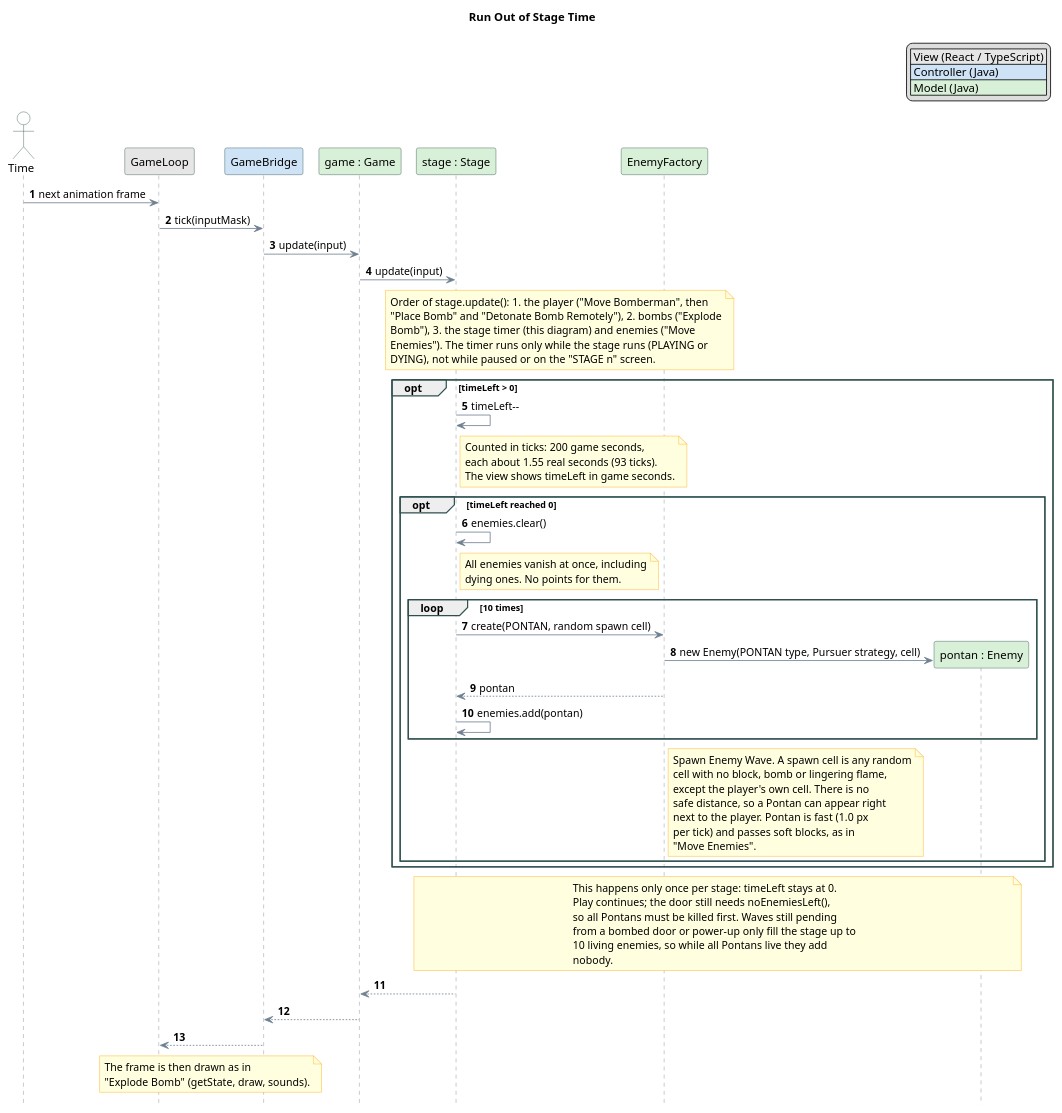
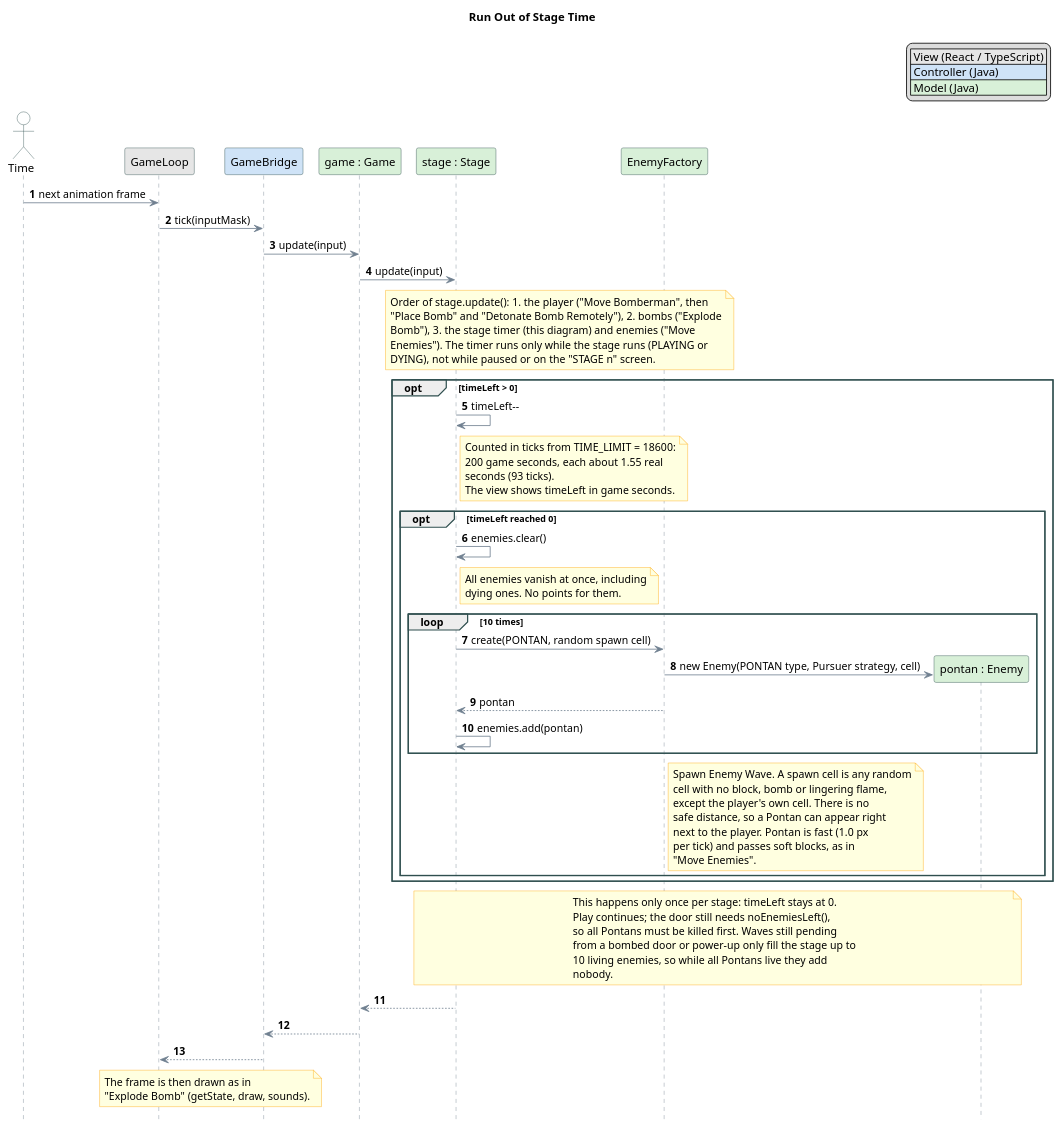
Before and after one commit to KamilDxD2/po2026: the diagram in projekt/uml/02-sekwencja-run-out-of-stage-time.puml, drawn with PlantUML. The commit also changed 11 other files, not shown here.

Commit message:
Update UML diagrams and code documentation for Bomberman project - Updated all sequence diagrams - Added class diagram for the project

```diff
--- a/projekt/uml/02-sekwencja-run-out-of-stage-time.puml
+++ b/projekt/uml/02-sekwencja-run-out-of-stage-time.puml
@@ -1,104 +1,105 @@
 @startuml
 title Run Out of Stage Time
 
 hide footbox
 
 legend top right
   |<#E6E6E6> View (React / TypeScript) |
   |<#CFE3F7> Controller (Java) |
   |<#D8F0D8> Model (Java) |
 endlegend
 autonumber
 
 skinparam ParticipantBackgroundColor LightCyan
 skinparam ParticipantBorderColor DarkSlateGray
 skinparam ActorBackgroundColor White
 skinparam ActorBorderColor DarkSlateGray
 skinparam ArrowColor SlateGray
 skinparam SequenceLifeLineBorderColor SlateGray
 skinparam SequenceGroupBorderColor DarkSlateGray
 skinparam DefaultFontName Arial
 skinparam note {
     BackgroundColor LightYellow
     BorderColor Orange
 }
 
 
 ' ==========================================
 ' Participants, coloured by MVC layer as in "Explode Bomb" (see legend).
 ' The stage timer is part of the third step of stage.update(), just
 ' before the enemies move. Includes "Spawn Enemy Wave" (10 Pontans).
 ' ==========================================
 actor "Time" as time
 
 participant "GameLoop" as view #E6E6E6
 
 participant "GameBridge" as bridge #CFE3F7
 
 participant "game : Game" as game #D8F0D8
 participant "stage : Stage" as stage #D8F0D8
 participant "EnemyFactory" as factory #D8F0D8
 participant "pontan : Enemy" as pontan #D8F0D8
 
 time -> view : next animation frame
 view -> bridge : tick(inputMask)
 bridge -> game : update(input)
 game -> stage : update(input)
 
 note over stage, factory
   Order of stage.update(): 1. the player ("Move Bomberman", then
   "Place Bomb" and "Detonate Bomb Remotely"), 2. bombs ("Explode
   Bomb"), 3. the stage timer (this diagram) and enemies ("Move
   Enemies"). The timer runs only while the stage runs (PLAYING or
   DYING), not while paused or on the "STAGE n" screen.
 end note
 
 opt timeLeft > 0
     stage -> stage : timeLeft--
     note right of stage
-      Counted in ticks: 200 game seconds,
-      each about 1.55 real seconds (93 ticks).
+      Counted in ticks from TIME_LIMIT = 18600:
+      200 game seconds, each about 1.55 real
+      seconds (93 ticks).
       The view shows timeLeft in game seconds.
     end note
 
     opt timeLeft reached 0
         stage -> stage : enemies.clear()
         note right of stage
           All enemies vanish at once, including
           dying ones. No points for them.
         end note
 
         loop 10 times
             stage -> factory : create(PONTAN, random spawn cell)
             create pontan
             factory -> pontan : new Enemy(PONTAN type, Pursuer strategy, cell)
             factory --> stage : pontan
             stage -> stage : enemies.add(pontan)
         end
         note right of factory
           Spawn Enemy Wave. A spawn cell is any random
           cell with no block, bomb or lingering flame,
           except the player's own cell. There is no
           safe distance, so a Pontan can appear right
           next to the player. Pontan is fast (1.0 px
           per tick) and passes soft blocks, as in
           "Move Enemies".
         end note
     end
 end
 
 note over stage, pontan
   This happens only once per stage: timeLeft stays at 0.
   Play continues; the door still needs noEnemiesLeft(),
   so all Pontans must be killed first. Waves still pending
   from a bombed door or power-up only fill the stage up to
   10 living enemies, so while all Pontans live they add
   nobody.
 end note
 
 stage --> game
 game --> bridge
 bridge --> view
 note over view, bridge : The frame is then drawn as in\n"Explode Bomb" (getState, draw, sounds).
 
 @enduml
```
